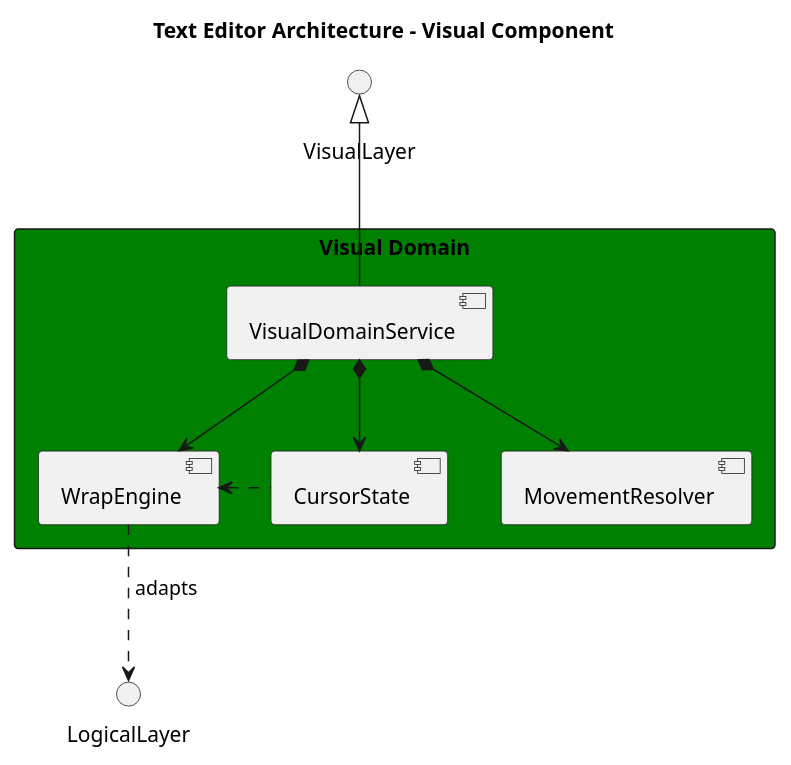
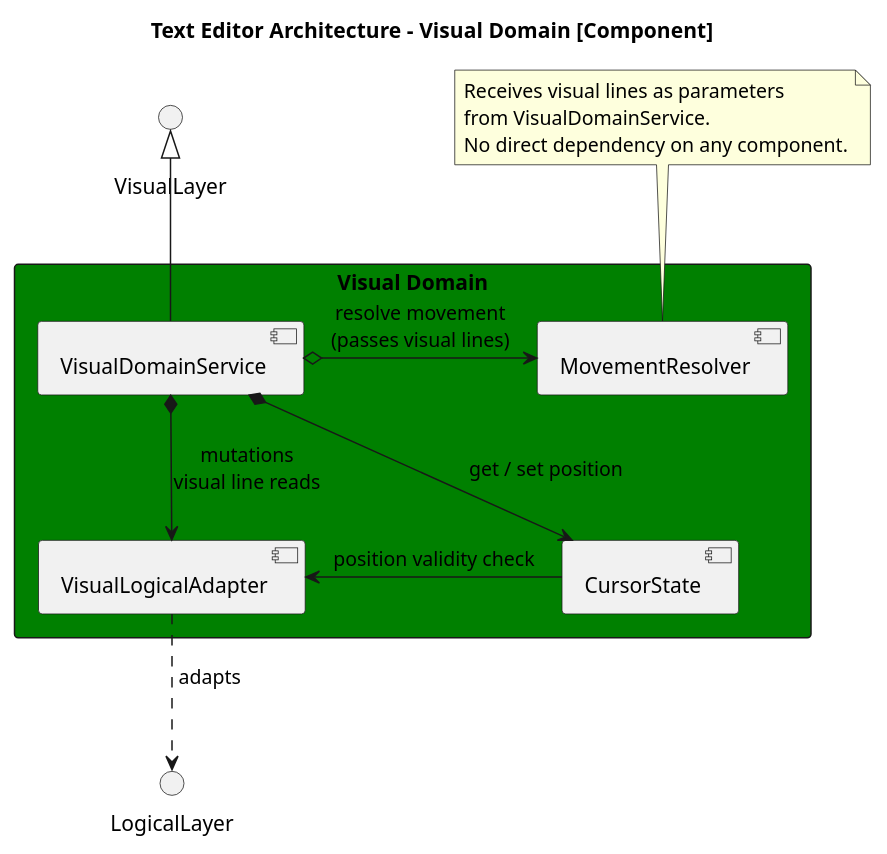
One commit to JoeRittiner/TextEngine changed the diagram in docs/source/specs/architecture/diagrams/visual_components.puml. Above: the diagram before and after it, drawn with PlantUML. The commit also changed 3 other files, not shown here.

First line of the commit message:
doc: Redefine and rename the WrapEngine component as Visual-Logical Adapter

```diff
--- a/docs/source/specs/architecture/diagrams/visual_components.puml
+++ b/docs/source/specs/architecture/diagrams/visual_components.puml
@@ -1,27 +1,39 @@
 @startuml
 
-title Text Editor Architecture - Visual Component
+title Text Editor Architecture - Visual Domain [Component]
 
 interface VisualLayer as "\nVisualLayer"
 interface LogicalLayer
 
 rectangle "Visual Domain" #Green {
-   component "VisualDomainService"
-   'Stateful (Orchestrator/ Facade)
-   component "CursorState"
-   'Stateful
-   component "MovementResolver"
-   'Stateful
-   component "WrapEngine"
-   'Stateless (Adapter Pattern?)
+   component "VisualDomainService" as VDS
+   'Stateful (Orchestrator / domain facade)
+
+   component "CursorState" as CS
+   'Stateful (owns cursor position (v_row, v_col))
+
+   component "MovementResolver" as MR
+   'Stateless (pure calculator, no owned state)
+
+   component "VisualLogicalAdapter" as VLA
+   'Stateful (owns display_width and wrapping map)
+   'Sole contact point with the Logical Domain
 }
 
-VisualDomainService -up-|> VisualLayer
-WrapEngine ..> LogicalLayer : " adapts"
+VDS -up-|> VisualLayer
+VLA ..> LogicalLayer : " adapts"
 
-VisualDomainService *-> CursorState
-VisualDomainService *--> WrapEngine
-VisualDomainService *--> MovementResolver
-WrapEngine <. CursorState
+VDS *--> CS   : "get / set position"
+VDS *--> VLA  : "mutations\nvisual line reads"
+VDS o-> MR   : "resolve movement\n(passes visual lines)"
+
+VLA <- CS : "position validity check"
+
+
+note top of MR
+  Receives visual lines as parameters
+  from VisualDomainService.
+  No direct dependency on any component.
+end note
 
 @enduml
```
